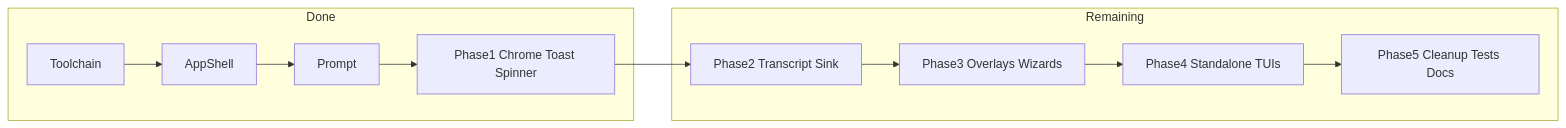
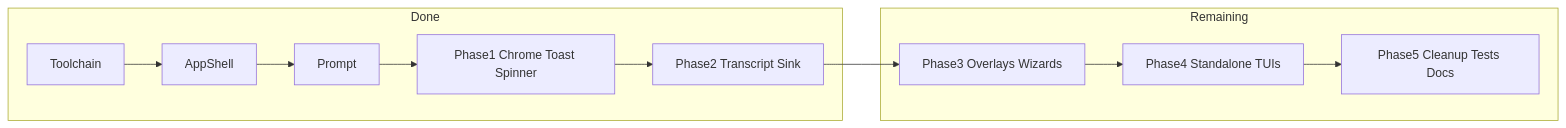
The diagram in docs/superpowers/specs/2026-08-04-opentui-solid-full-migration.md (amitkumardubey/praana), drawn with Mermaid before and after one commit. The commit also changed other lines of this file and 11 other files, not shown here.

First line of the commit message:
feat(tui): solid transcript and sink

````diff
--- a/docs/superpowers/specs/2026-08-04-opentui-solid-full-migration.md
+++ b/docs/superpowers/specs/2026-08-04-opentui-solid-full-migration.md
@@ -26,16 +27,16 @@
 ```mermaid
 flowchart LR
   subgraph done [Done]
     Toolchain
     AppShell
     Prompt
     P1[Phase1 Chrome Toast Spinner]
+    P2[Phase2 Transcript Sink]
   end
   subgraph next [Remaining]
-    P2[Phase2 Transcript Sink]
     P3[Phase3 Overlays Wizards]
     P4[Phase4 Standalone TUIs]
     P5[Phase5 Cleanup Tests Docs]
   end
   Toolchain --> AppShell --> Prompt --> P1 --> P2 --> P3 --> P4 --> P5
 ```
````
